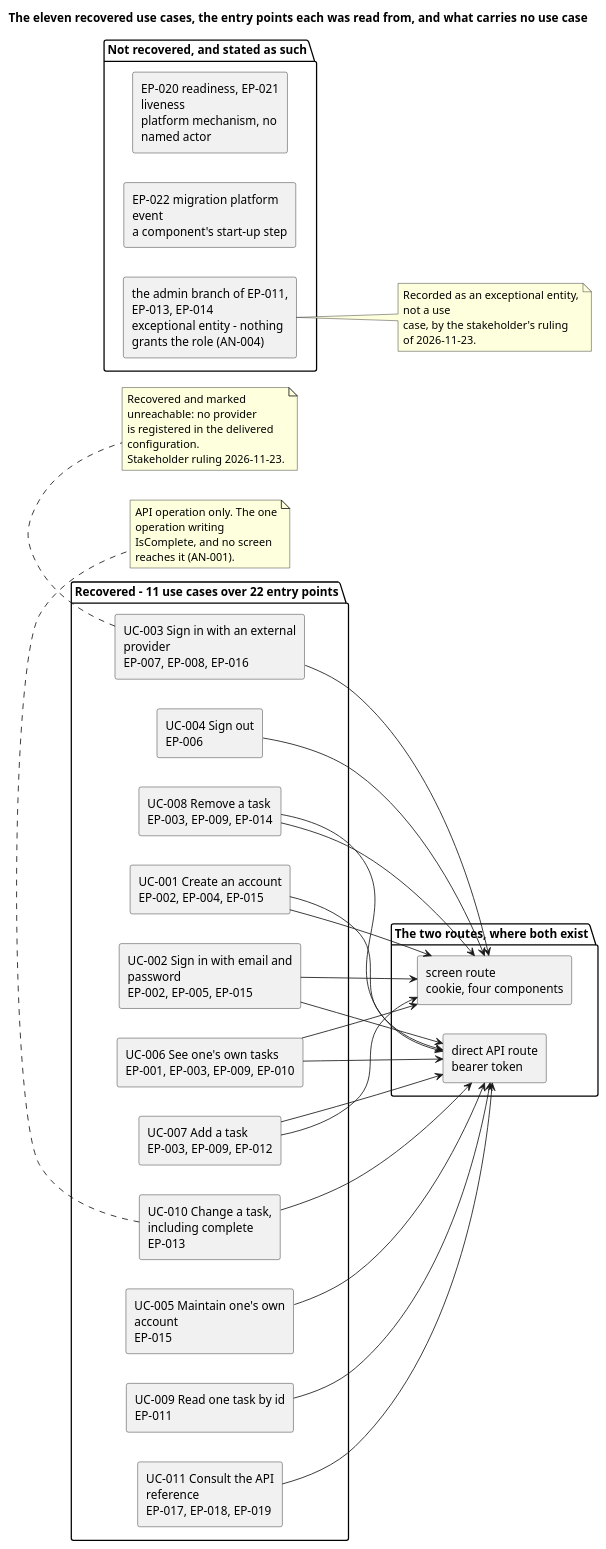
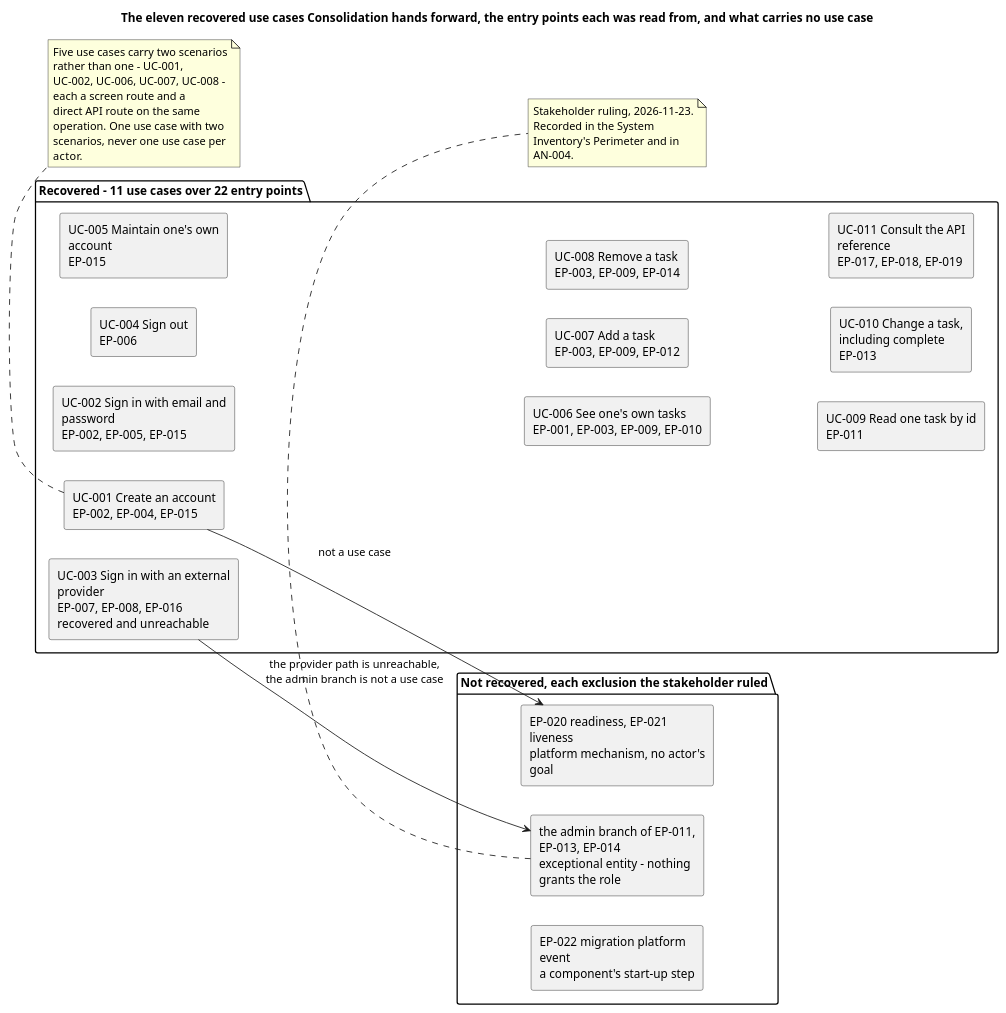
The fourth of 5 diagrams in docs/artifacts/project-management/iteration-plan.md (banense-test/TodoApp), drawn with PlantUML before and after one commit. The commit also changed other lines of this file, not shown here.

First line of the commit message:
Project Manager [Consolidation1]: upsert Iteration Plan

````diff
--- a/docs/artifacts/project-management/iteration-plan.md
+++ b/docs/artifacts/project-management/iteration-plan.md
@@ -315,66 +251,42 @@
 ```plantuml
 @startuml
-title The eleven recovered use cases, the entry points each was read from, and what carries no use case
-
+title The eleven recovered use cases Consolidation hands forward, the entry points each was read from, and what carries no use case
 skinparam shadowing false
 skinparam wrapWidth 210
 left to right direction
 skinparam componentStyle rectangle
 
 package "Recovered - 11 use cases over 22 entry points" {
   component "UC-001 Create an account\nEP-002, EP-004, EP-015" as U1
   component "UC-002 Sign in with email and password\nEP-002, EP-005, EP-015" as U2
-  component "UC-003 Sign in with an external provider\nEP-007, EP-008, EP-016" as U3
+  component "UC-003 Sign in with an external provider\nEP-007, EP-008, EP-016\nrecovered and unreachable" as U3
   component "UC-004 Sign out\nEP-006" as U4
   component "UC-005 Maintain one's own account\nEP-015" as U5
   component "UC-006 See one's own tasks\nEP-001, EP-003, EP-009, EP-010" as U6
   component "UC-007 Add a task\nEP-003, EP-009, EP-012" as U7
   component "UC-008 Remove a task\nEP-003, EP-009, EP-014" as U8
   component "UC-009 Read one task by id\nEP-011" as U9
   component "UC-010 Change a task, including complete\nEP-013" as U10
   component "UC-011 Consult the API reference\nEP-017, EP-018, EP-019" as U11
 }
 
-package "The two routes, where both exist" {
-  component "screen route\ncookie, four components" as SCR
-  component "direct API route\nbearer token" as API
-}
-package "Not recovered, and stated as such" {
-  component "EP-020 readiness, EP-021 liveness\nplatform mechanism, no named actor" as X1
+package "Not recovered, each exclusion the stakeholder ruled" {
+  component "EP-020 readiness, EP-021 liveness\nplatform mechanism, no actor's goal" as X1
   component "EP-022 migration platform event\na component's start-up step" as X2
-  component "the admin branch of EP-011,\nEP-013, EP-014\nexceptional entity - nothing\ngrants the role (AN-004)" as X3
+  component "the admin branch of EP-011,\nEP-013, EP-014\nexceptional entity - nothing grants the role" as X3
 }
 
-U1 --> SCR
-U1 --> API
-U2 --> SCR
-U2 --> API
-U6 --> SCR
-U6 --> API
-U7 --> SCR
-U7 --> API
-U8 --> SCR
-U8 --> API
-U5 --> API
-U9 --> API
-U10 --> API
-U11 --> API
-U3 --> SCR
-U4 --> SCR
-
-note bottom of U3
-  Recovered and marked unreachable: no provider
-  is registered in the delivered configuration.
-  Stakeholder ruling 2026-11-23.
+U1 --> X1 : not a use case
+U3 --> X3 : the provider path is unreachable,\nthe admin branch is not a use case
+note bottom of U1
+  Five use cases carry two scenarios rather than one - UC-001,
+  UC-002, UC-006, UC-007, UC-008 - each a screen route and a
+  direct API route on the same operation. One use case with two
+  scenarios, never one use case per actor.
 end note
-note bottom of U10
-  API operation only. The one operation writing
-  IsComplete, and no screen reaches it (AN-001).
+note bottom of X3
+  Stakeholder ruling, 2026-11-23. Recorded in the System
+  Inventory's Perimeter and in AN-004.
 end note
-note right of X3
-  Recorded as an exceptional entity, not a use
-  case, by the stakeholder's ruling of 2026-11-23.
-end note
-
 @enduml
 ```
````
